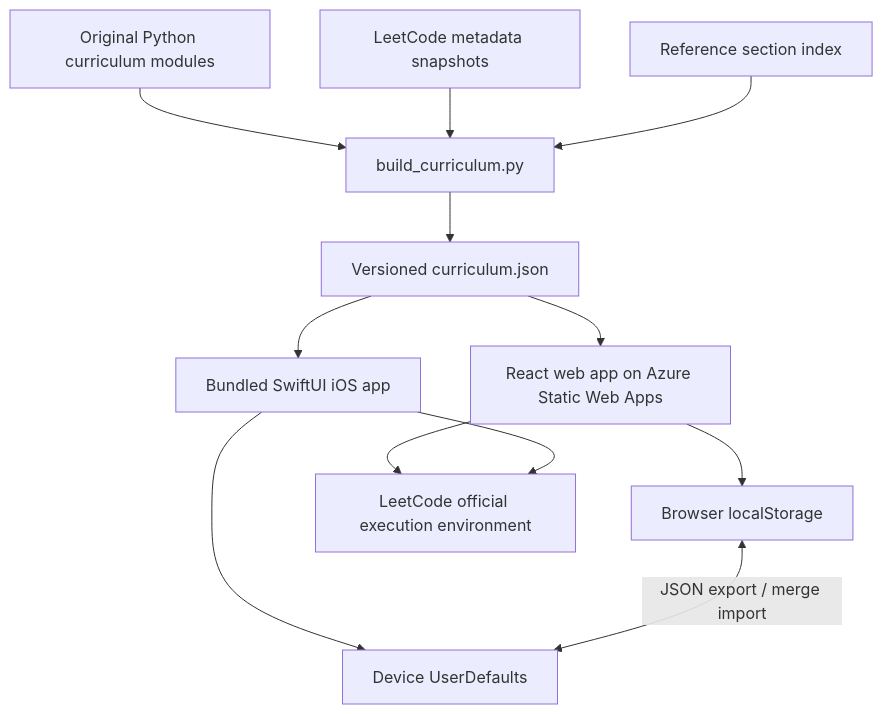
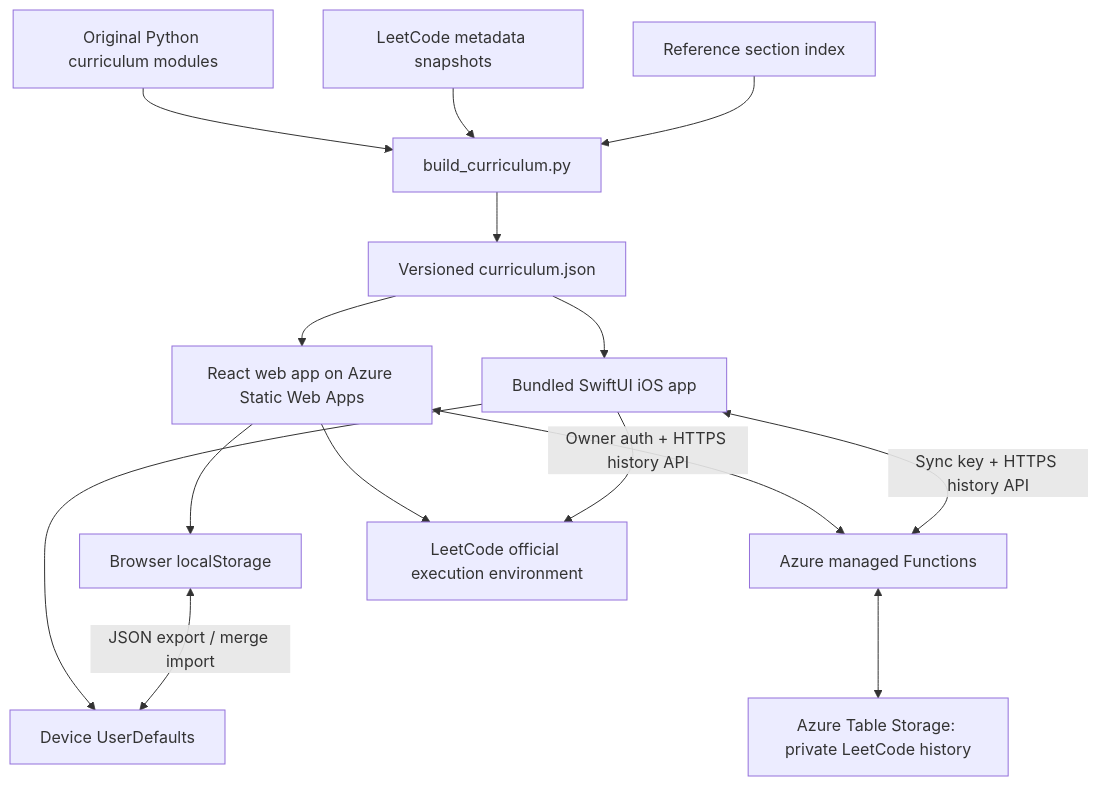
Before and after one commit to ethanrimes/leetcode-on-the-go: the diagram in docs/ARCHITECTURE.md, drawn with Mermaid. The commit also changed other lines of this file and 27 other files, not shown here.

Commit message:
Sync private LeetCode history through Azure across web and iOS

````diff
--- a/docs/ARCHITECTURE.md
+++ b/docs/ARCHITECTURE.md
@@ -5,14 +5,17 @@
 ```mermaid
 flowchart TD
   A[Original Python curriculum modules] --> B[build_curriculum.py]
   C[LeetCode metadata snapshots] --> B
   D[Reference section index] --> B
   B --> E[Versioned curriculum.json]
   E --> F[React web app on Azure Static Web Apps]
   E --> G[Bundled SwiftUI iOS app]
   F --> H[Browser localStorage]
   G --> I[Device UserDefaults]
   H <-->|JSON export / merge import| I
+  F <-->|Owner auth + HTTPS history API| K[Azure managed Functions]
+  G <-->|Sync key + HTTPS history API| K
+  K <--> L[Azure Table Storage: private LeetCode history]
   F --> J[LeetCode official execution environment]
   G --> J
 ```
````
